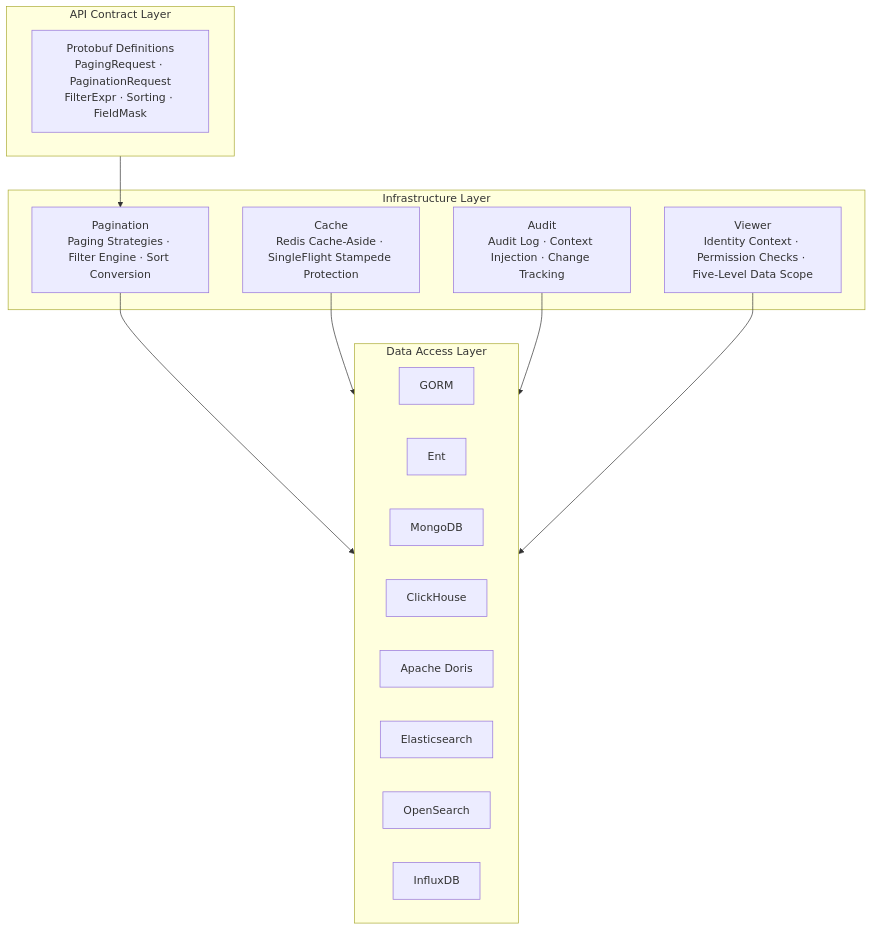
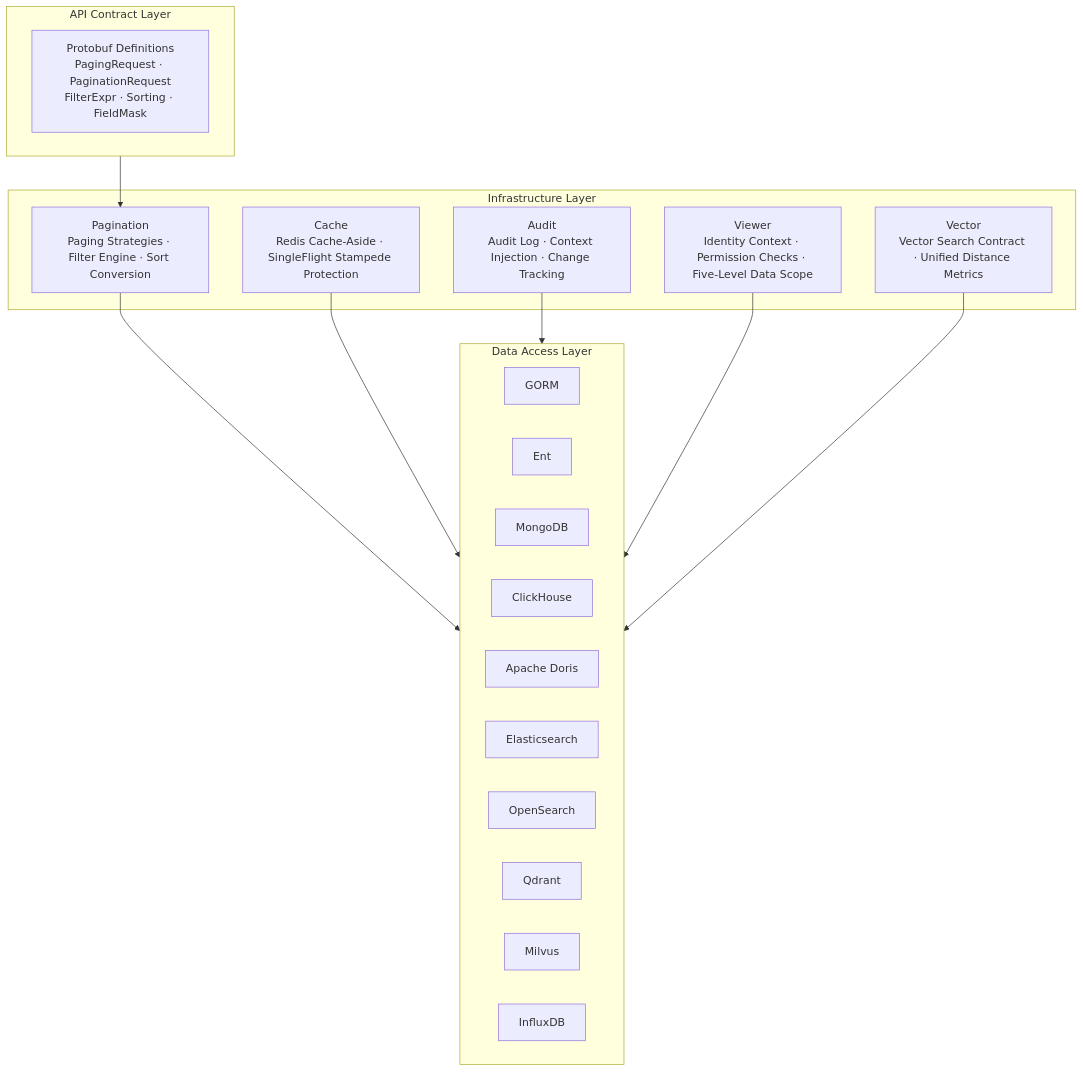
One commit to tx7do/go-crud changed the diagram in README_en.md. Above: the diagram before and after it, drawn with Mermaid. The commit also changed other lines of this file and 34 other files, not shown here.

````diff
--- a/README_en.md
+++ b/README_en.md
@@ -57,30 +59,34 @@
 ```mermaid
 graph TB
     subgraph API["API Contract Layer"]
         Proto["Protobuf Definitions<br/>PagingRequest · PaginationRequest<br/>FilterExpr · Sorting · FieldMask"]
     end
 
     subgraph Infra["Infrastructure Layer"]
         Pagination["Pagination<br/>Paging Strategies · Filter Engine · Sort Conversion"]
         Cache["Cache<br/>Redis Cache-Aside · SingleFlight Stampede Protection"]
         Audit["Audit<br/>Audit Log · Context Injection · Change Tracking"]
         Viewer["Viewer<br/>Identity Context · Permission Checks · Five-Level Data Scope"]
+        Vector["Vector<br/>Vector Search Contract · Unified Distance Metrics"]
     end
 
     subgraph DAL["Data Access Layer"]
         GORM["GORM"]
         ENT["Ent"]
         Mongo["MongoDB"]
         CH["ClickHouse"]
         Doris["Apache Doris"]
         ES["Elasticsearch"]
         OS["OpenSearch"]
+        Qdrant["Qdrant"]
+        Milvus["Milvus"]
         Influx["InfluxDB"]
     end
 
     API --> Pagination
     Pagination --> DAL
     Cache --> DAL
     Audit --> DAL
     Viewer --> DAL
+    Vector --> DAL
 ```
````
